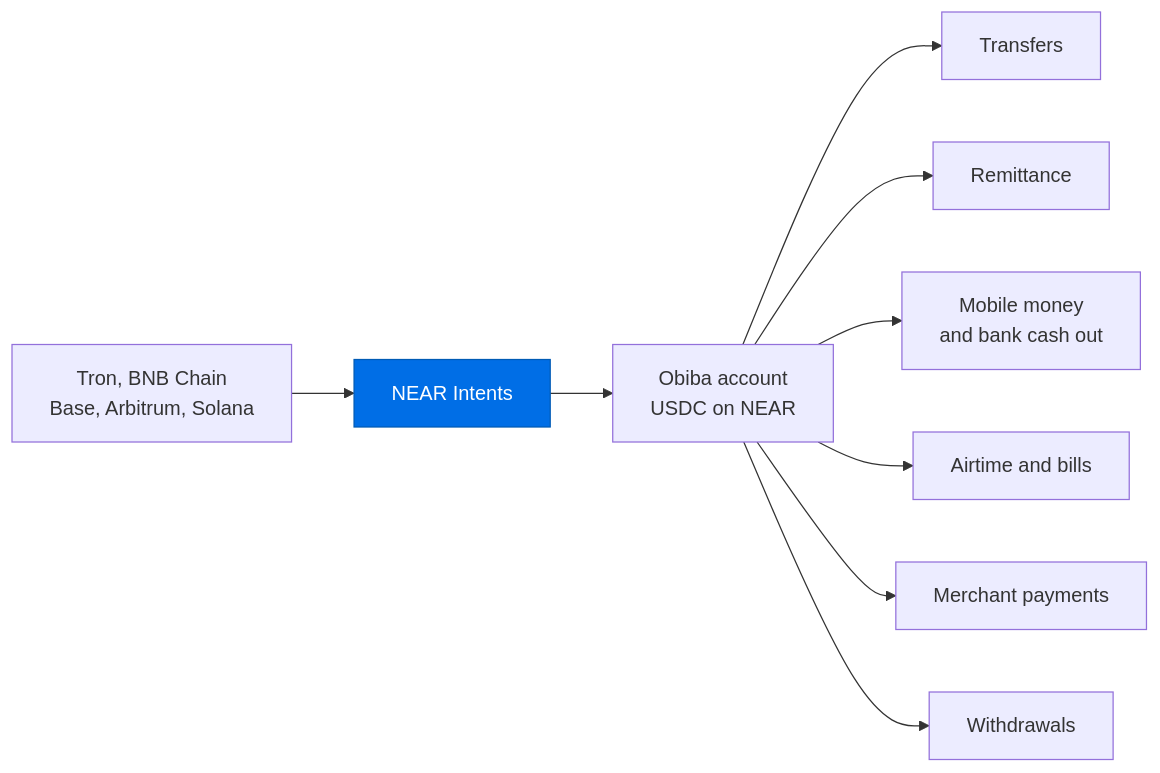
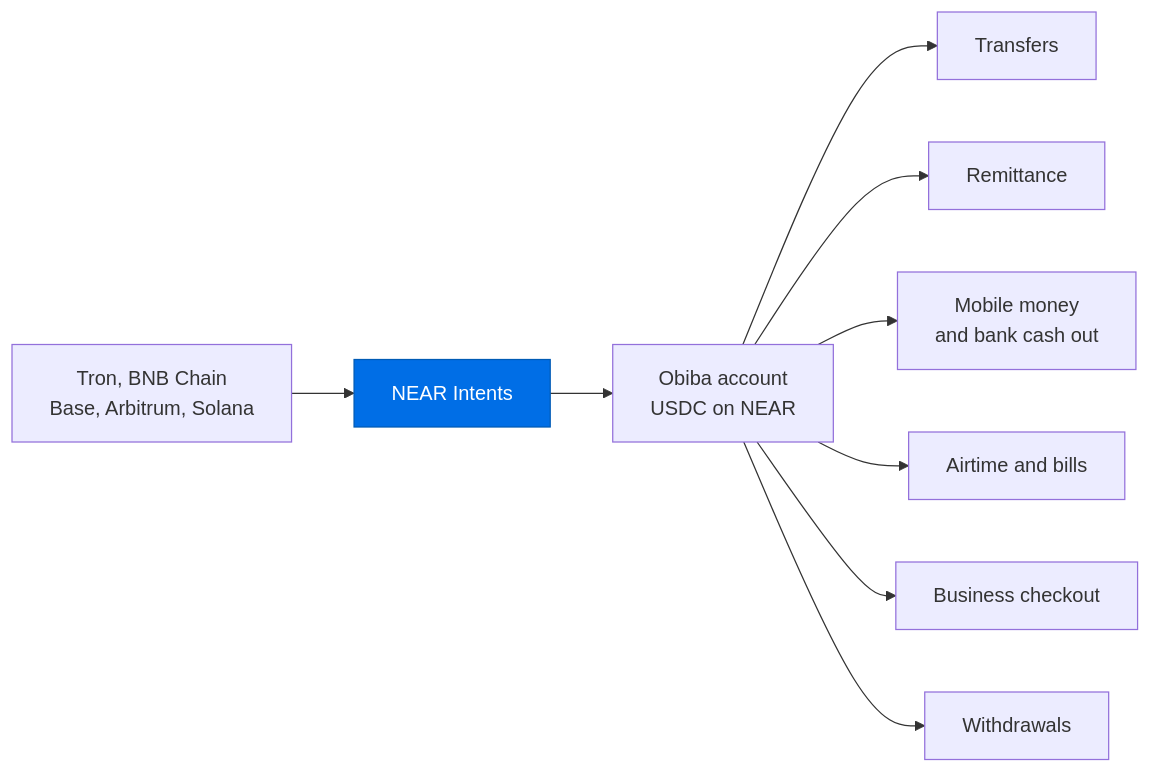
Before and after one commit to FluirLabs/obiba_backend: the first of 5 diagrams in README.md, drawn with Mermaid. The commit also changed other lines of this file, not shown here.

Commit message:
Document business checkout and settlement

````diff
--- a/README.md
+++ b/README.md
@@ -10,13 +10,13 @@
 ```mermaid
 flowchart LR
     A["Tron, BNB Chain<br/>Base, Arbitrum, Solana"] --> I["NEAR Intents"]
     I --> O["Obiba account<br/>USDC on NEAR"]
     O --> T["Transfers"]
     O --> R["Remittance"]
     O --> C["Mobile money<br/>and bank cash out"]
     O --> B["Airtime and bills"]
-    O --> M["Merchant payments"]
+    O --> M["Business checkout"]
     O --> W["Withdrawals"]
     classDef intents fill:#006ee6,stroke:#005bb5,color:#ffffff;
     class I intents;
 ```
````
